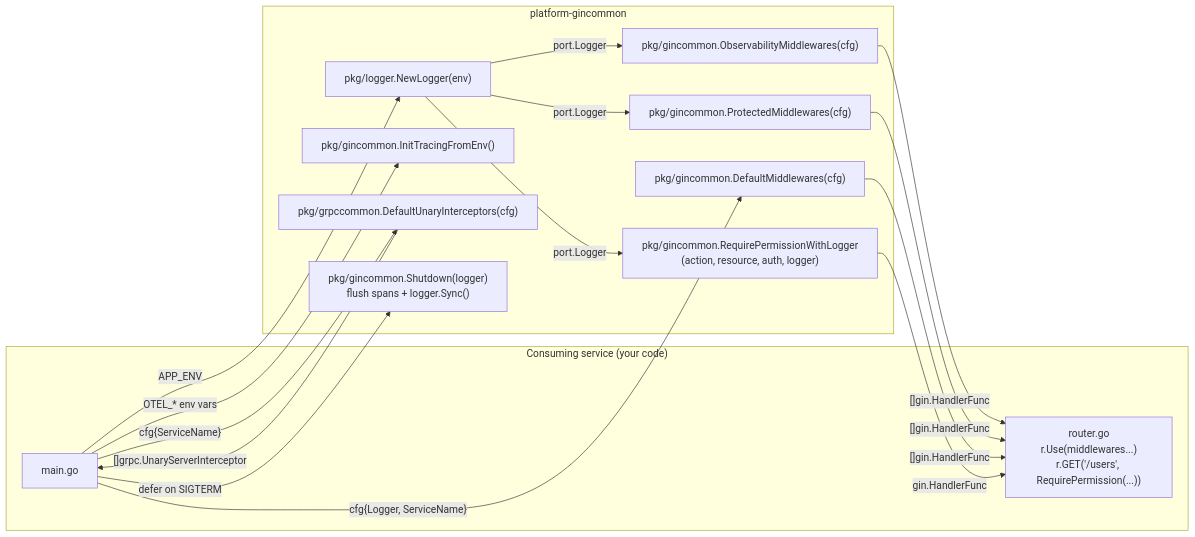
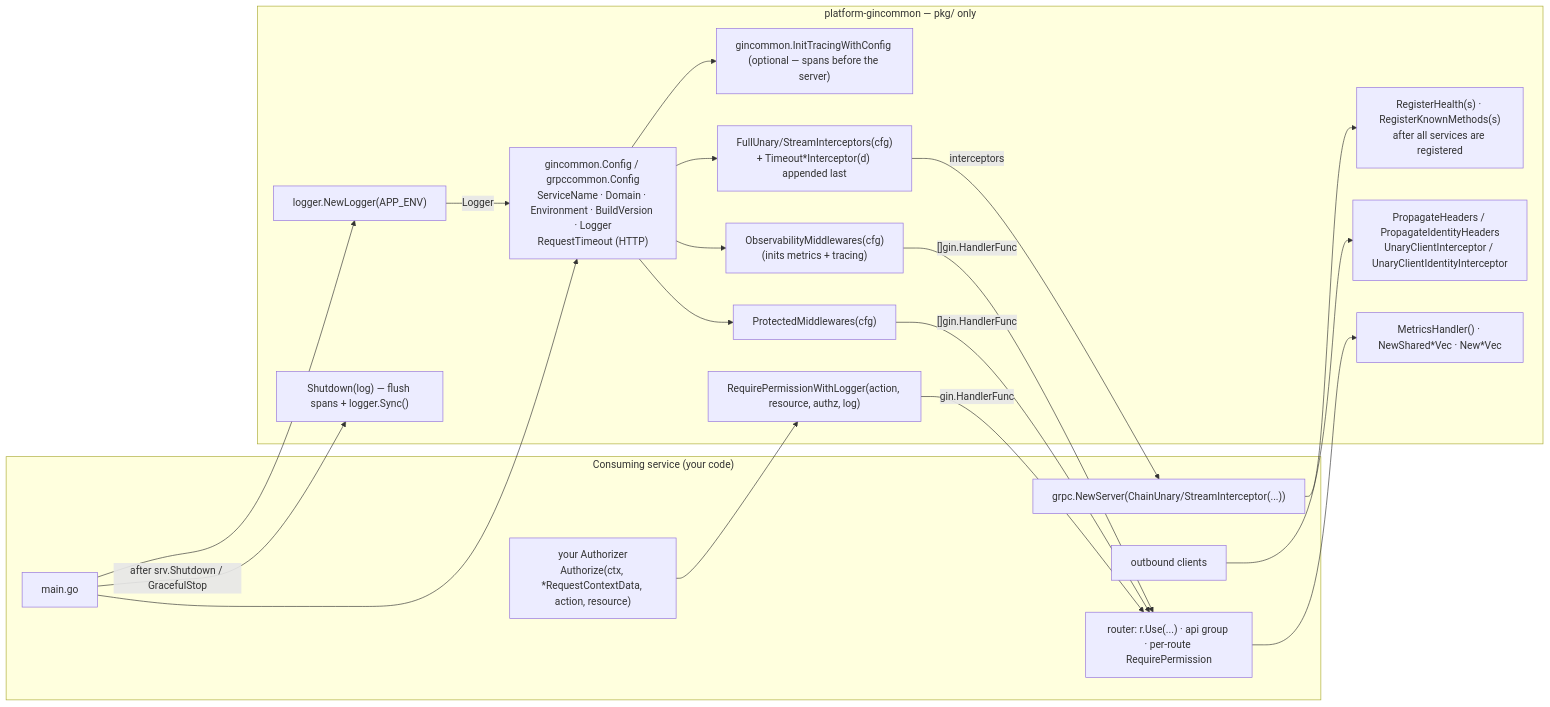
One commit to BCBP-SOLUTIONS-FZC-LLC/platform-gincommon changed the diagram in docs/architecture/mermaid/consuming-service-wiring.mmd. Above: the diagram before and after it, drawn with Mermaid. The commit also changed 198 other files, not shown here.

First line of the commit message:
feat!: v1.4.0 — Enterprise Platform Observability Standard + production hardening (#30)

```diff
--- a/docs/architecture/mermaid/consuming-service-wiring.mmd
+++ b/docs/architecture/mermaid/consuming-service-wiring.mmd
@@ -1,30 +1,39 @@
 graph LR
-    subgraph service["Consuming service (your code)"]
+    subgraph svc["Consuming service (your code)"]
         main["main.go"]
-        routes["router.go\nr.Use(middlewares...)\nr.GET('/users', RequirePermission(...))"]
+        routes["router: r.Use(...) · api group · per-route RequirePermission"]
+        grpcsrv["grpc.NewServer(ChainUnary/StreamInterceptor(...))"]
+        authz["your Authorizer<br/>Authorize(ctx, *RequestContextData, action, resource)"]
+        out["outbound clients"]
     end
 
-    subgraph lib["platform-gincommon"]
-        logger_new["pkg/logger.NewLogger(env)"]
-        init_tr["pkg/gincommon.InitTracingFromEnv()"]
-        obs_mw["pkg/gincommon.ObservabilityMiddlewares(cfg)"]
-        prot_mw["pkg/gincommon.ProtectedMiddlewares(cfg)"]
-        def_mw["pkg/gincommon.DefaultMiddlewares(cfg)"]
-        rp["pkg/gincommon.RequirePermissionWithLogger\n(action, resource, auth, logger)"]
-        grpc_mw["pkg/grpccommon.DefaultUnaryInterceptors(cfg)"]
-        shutdown["pkg/gincommon.Shutdown(logger)\nflush spans + logger.Sync()"]
+    subgraph lib["platform-gincommon — pkg/ only"]
+        newlog["logger.NewLogger(APP_ENV)"]
+        cfg["gincommon.Config / grpccommon.Config<br/>ServiceName · Domain · Environment · BuildVersion · Logger<br/>RequestTimeout (HTTP)"]
+        early["gincommon.InitTracingWithConfig (optional — spans before the server)"]
+        obs["ObservabilityMiddlewares(cfg)<br/>(inits metrics + tracing)"]
+        prot["ProtectedMiddlewares(cfg)"]
+        rp["RequirePermissionWithLogger(action, resource, authz, log)"]
+        full["FullUnary/StreamInterceptors(cfg)<br/>+ Timeout*Interceptor(d) appended last"]
+        known["RegisterHealth(s) · RegisterKnownMethods(s)<br/>after all services are registered"]
+        prop["PropagateHeaders / PropagateIdentityHeaders<br/>UnaryClientInterceptor / UnaryClientIdentityInterceptor"]
+        mh["MetricsHandler() · NewShared*Vec · New*Vec"]
+        shut["Shutdown(log) — flush spans + logger.Sync()"]
     end
 
-    main -->|"APP_ENV"| logger_new
-    main -->|"OTEL_* env vars"| init_tr
-    logger_new -->|"port.Logger"| obs_mw
-    logger_new -->|"port.Logger"| prot_mw
-    obs_mw -->|"[]gin.HandlerFunc"| routes
-    prot_mw -->|"[]gin.HandlerFunc"| routes
-    main -->|"cfg{Logger, ServiceName}"| def_mw
-    def_mw -->|"[]gin.HandlerFunc"| routes
-    logger_new -->|"port.Logger"| rp
+    main --> newlog
+    newlog -->|"Logger"| cfg
+    main --> cfg
+    cfg --> early
+    cfg --> obs
+    cfg --> prot
+    cfg --> full
+    obs -->|"[]gin.HandlerFunc"| routes
+    prot -->|"[]gin.HandlerFunc"| routes
+    authz --> rp
     rp -->|"gin.HandlerFunc"| routes
-    main -->|"cfg{ServiceName}"| grpc_mw
-    grpc_mw -->|"[]grpc.UnaryServerInterceptor"| main
-    main -->|"defer on SIGTERM"| shutdown
+    full -->|"interceptors"| grpcsrv
+    grpcsrv --> known
+    out --> prop
+    routes --> mh
+    main -->|"after srv.Shutdown / GracefulStop"| shut
```
